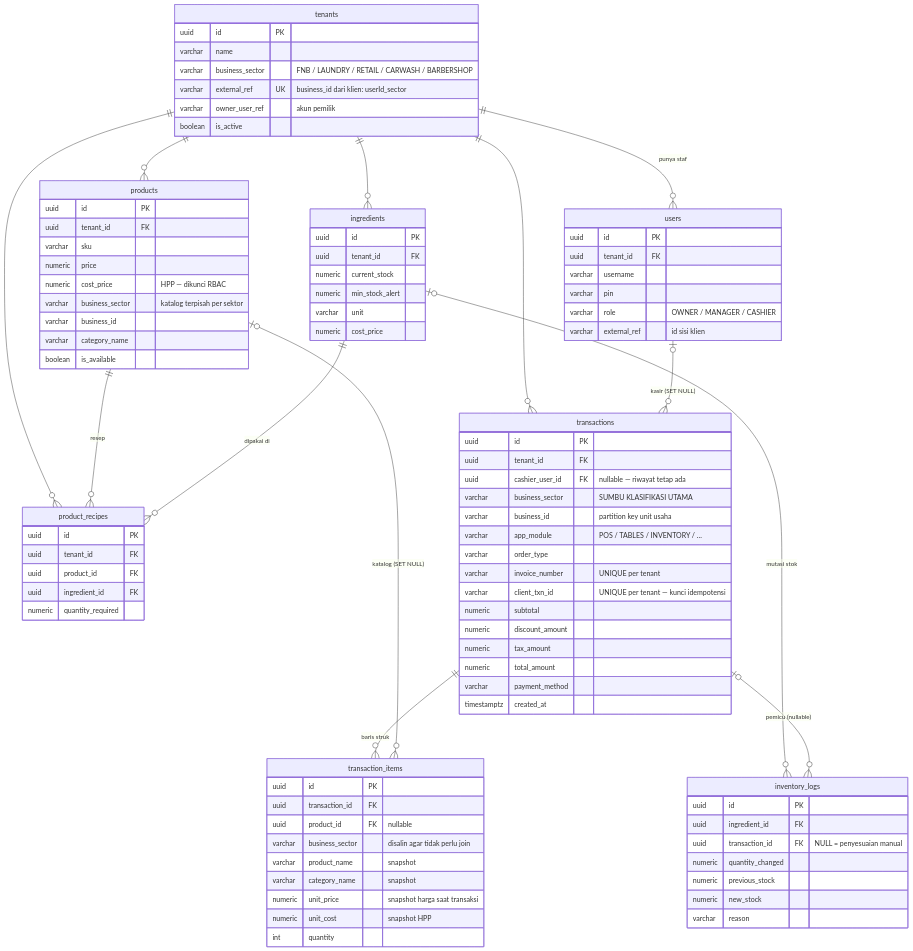
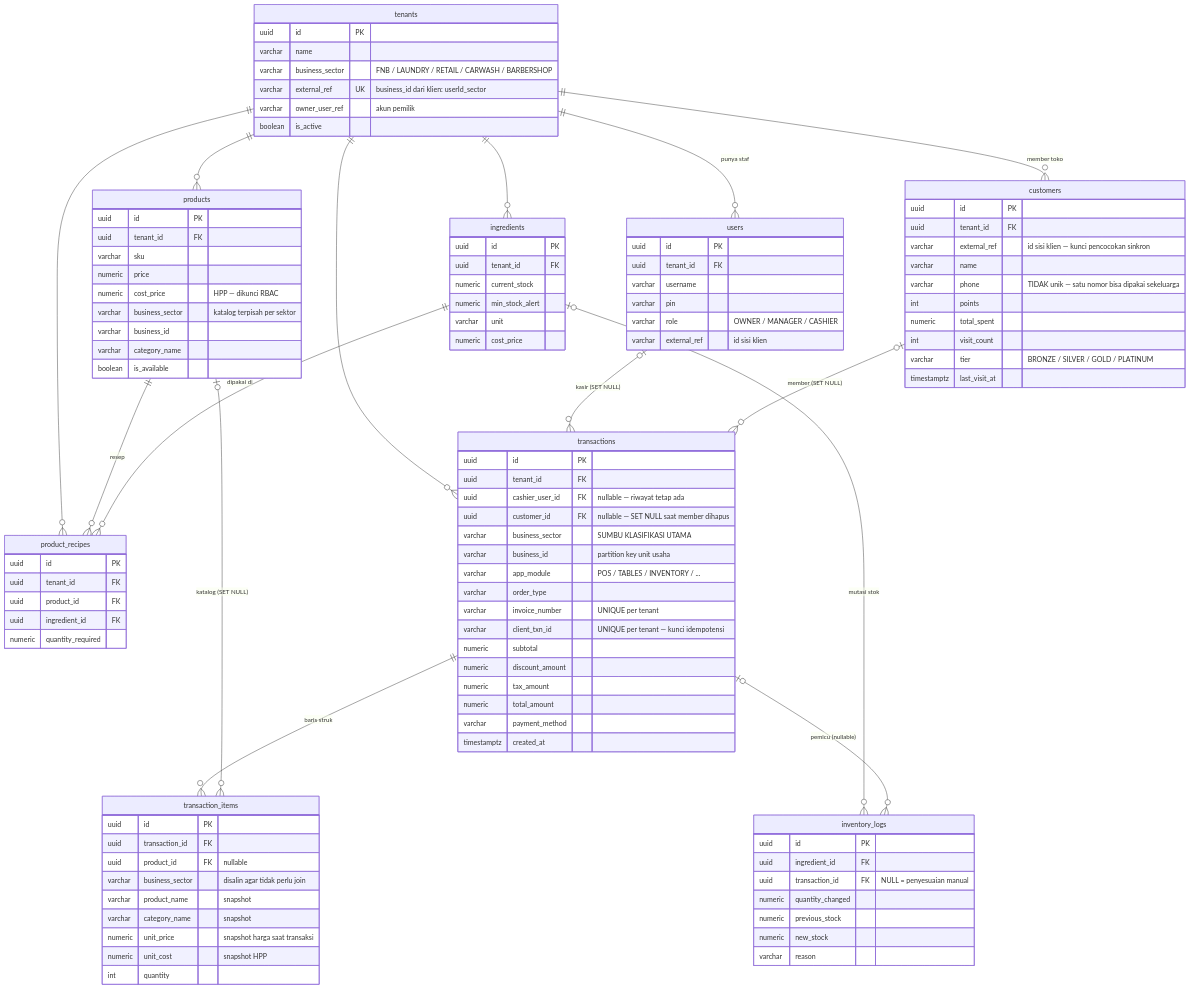
One commit to slaks37/kasir-newhope changed the first of 5 diagrams in docs/erd.md. Above: the diagram before and after it, drawn with Mermaid. The commit also changed other lines of this file and 12 other files, not shown here.

```diff
--- a/docs/erd.md
+++ b/docs/erd.md
@@ -25,10 +24,12 @@
     tenants ||--o{ ingredients      : ""
     tenants ||--o{ product_recipes  : ""
     tenants ||--o{ transactions     : ""
+    tenants ||--o{ customers        : "member toko"
 
     products      ||--o{ product_recipes   : "resep"
     ingredients   ||--o{ product_recipes   : "dipakai di"
     users         |o--o{ transactions      : "kasir (SET NULL)"
+    customers     |o--o{ transactions      : "member (SET NULL)"
     transactions  ||--o{ transaction_items : "baris struk"
     products      |o--o{ transaction_items : "katalog (SET NULL)"
     ingredients   |o--o{ inventory_logs    : "mutasi stok"
@@ -76,10 +77,23 @@
         uuid ingredient_id FK
         numeric quantity_required
     }
+    customers {
+        uuid id PK
+        uuid tenant_id FK
+        varchar external_ref "id sisi klien — kunci pencocokan sinkron"
+        varchar name
+        varchar phone "TIDAK unik — satu nomor bisa dipakai sekeluarga"
+        int points
+        numeric total_spent
+        int visit_count
+        varchar tier "BRONZE / SILVER / GOLD / PLATINUM"
+        timestamptz last_visit_at
+    }
     transactions {
         uuid id PK
         uuid tenant_id FK
         uuid cashier_user_id FK "nullable — riwayat tetap ada"
+        uuid customer_id FK "nullable — SET NULL saat member dihapus"
         varchar business_sector "SUMBU KLASIFIKASI UTAMA"
         varchar business_id "partition key unit usaha"
         varchar app_module "POS / TABLES / INVENTORY / ..."
```
